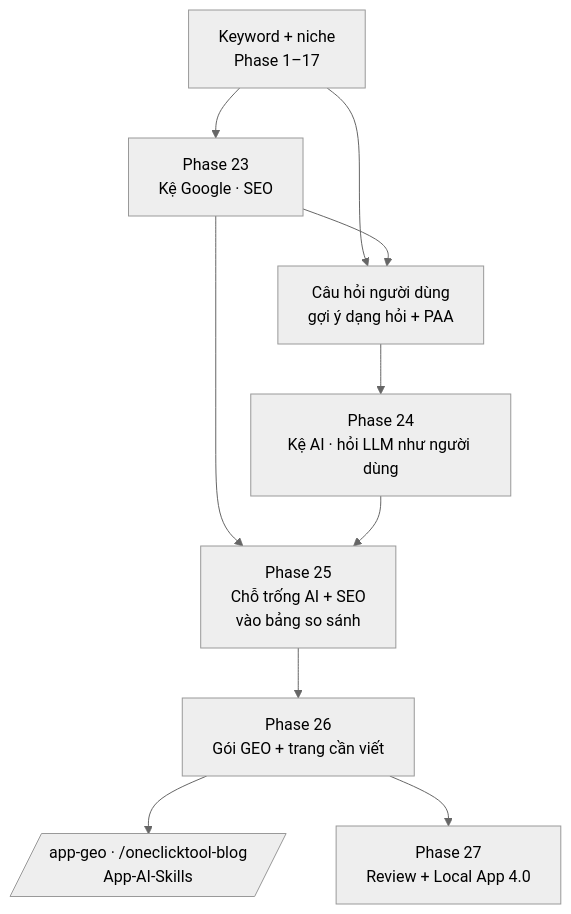
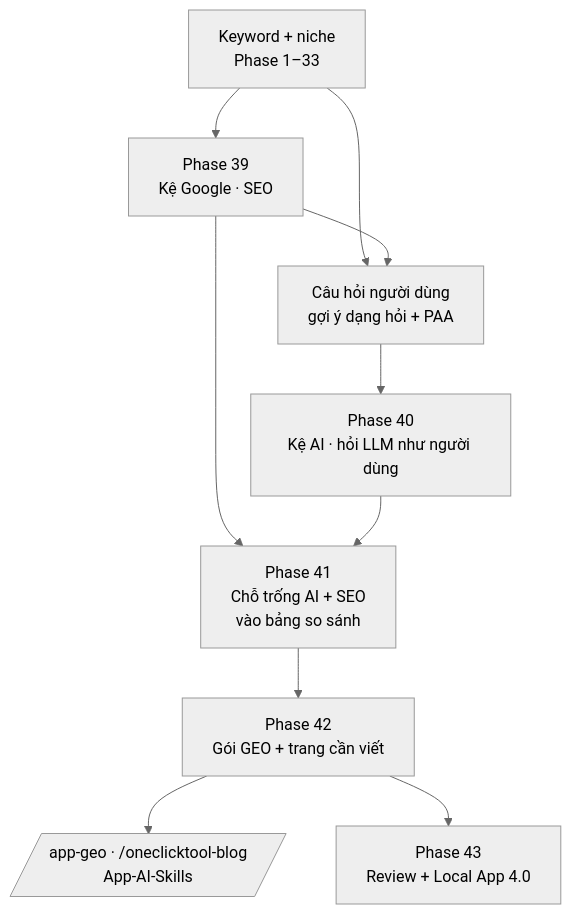
One commit to nvminhtu/niche-radar-docs changed the diagram in docs/web/version-4.md. Above: the diagram before and after it, drawn with Mermaid (neutral theme). The commit also changed other lines of this file and 206 other files, not shown here.

````diff
--- a/docs/web/version-4.md
+++ b/docs/web/version-4.md
@@ -27,11 +27,11 @@
 ```mermaid
 flowchart TB
-  K[Keyword + niche<br/>Phase 1–17] --> S[Phase 23<br/>Kệ Google · SEO]
+  K[Keyword + niche<br/>Phase 1–33] --> S[Phase 39<br/>Kệ Google · SEO]
   K --> Q[Câu hỏi người dùng<br/>gợi ý dạng hỏi + PAA]
   S --> Q
-  Q --> A[Phase 24<br/>Kệ AI · hỏi LLM như người dùng]
-  S & A --> G[Phase 25<br/>Chỗ trống AI + SEO<br/>vào bảng so sánh]
-  G --> P[Phase 26<br/>Gói GEO + trang cần viết]
+  Q --> A[Phase 40<br/>Kệ AI · hỏi LLM như người dùng]
+  S & A --> G[Phase 41<br/>Chỗ trống AI + SEO<br/>vào bảng so sánh]
+  G --> P[Phase 42<br/>Gói GEO + trang cần viết]
   P --> X[/app-geo · /oneclicktool-blog<br/>App-AI-Skills/]
-  P --> L[Phase 27<br/>Review + Local App 4.0]
+  P --> L[Phase 43<br/>Review + Local App 4.0]
 ```
````
